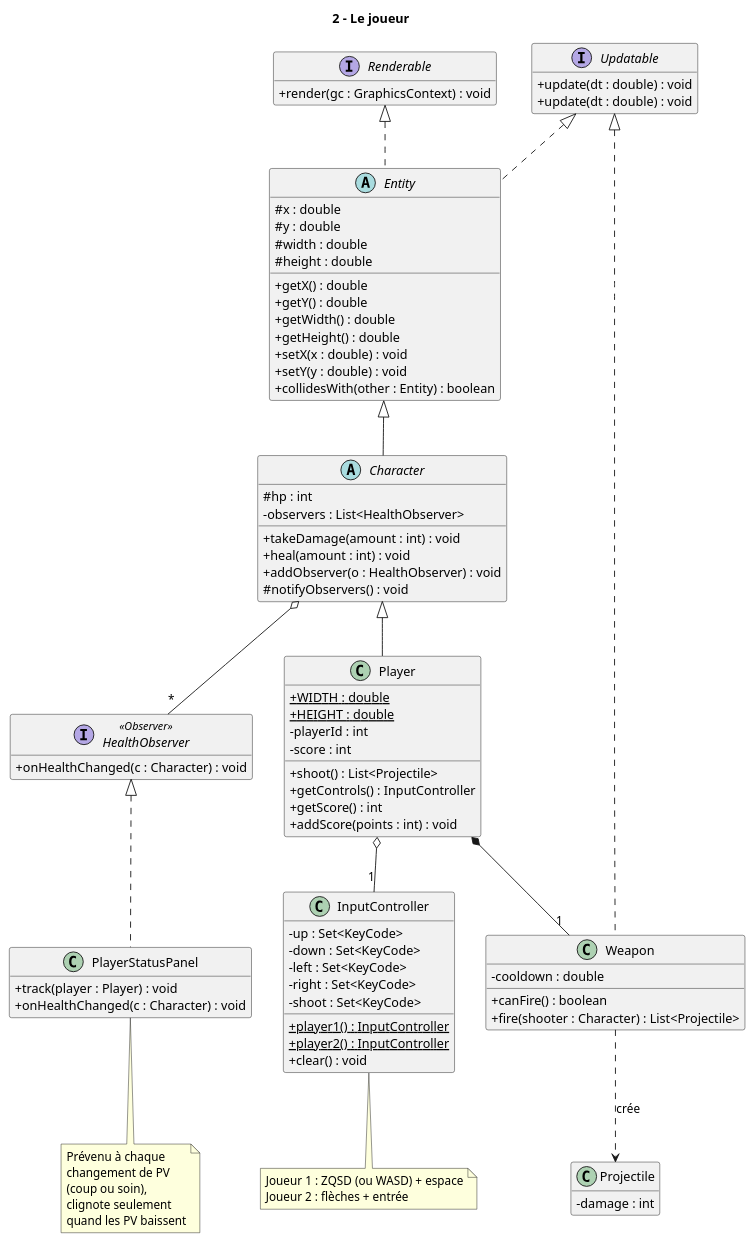
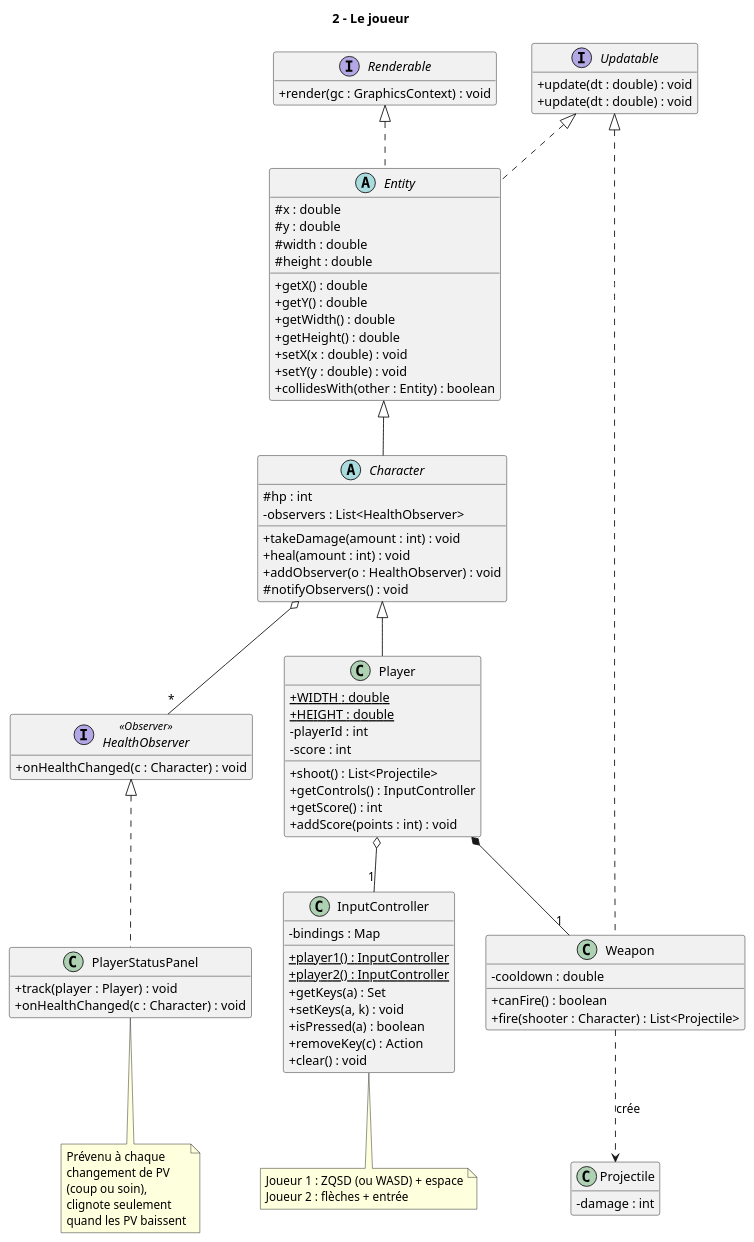
The diagram in Docs/Diagrammes/2_joueur.puml (MeghCH/2d-Game-Natural-Fatal-IA), drawn with PlantUML before and after one commit. The commit also changed 17 other files, not shown here.

Commit message:
Feat: add key rebinding screen from menu and pause + Fix: diagrammes

```diff
--- a/Docs/Diagrammes/2_joueur.puml
+++ b/Docs/Diagrammes/2_joueur.puml
@@ -1,108 +1,108 @@
 @startuml 2_joueur
 title 2 - Le joueur
 
 skinparam classAttributeIconSize 0
 skinparam shadowing false
 hide empty members
 
 interface Updatable {
   + update(dt : double) : void
 }
 
 interface Renderable {
   + render(gc : GraphicsContext) : void
 }
 
 abstract class Entity {
   # x : double
   # y : double
   # width : double
   # height : double
   + getX() : double
   + getY() : double
   + getWidth() : double
   + getHeight() : double
   + setX(x : double) : void
   + setY(y : double) : void
   + collidesWith(other : Entity) : boolean
 }
 
 abstract class Character {
   # hp : int
   - observers : List<HealthObserver>
   + takeDamage(amount : int) : void
   + heal(amount : int) : void
   + addObserver(o : HealthObserver) : void
   # notifyObservers() : void
 }
 
 class Player {
   + {static} WIDTH : double
   + {static} HEIGHT : double
   - playerId : int
   - score : int
   + shoot() : List<Projectile>
   + getControls() : InputController
   + getScore() : int
   + addScore(points : int) : void
 }
 
 class InputController {
-  - up : Set<KeyCode>
-  - down : Set<KeyCode>
-  - left : Set<KeyCode>
-  - right : Set<KeyCode>
-  - shoot : Set<KeyCode>
+  - bindings : Map
   + {static} player1() : InputController
   + {static} player2() : InputController
+  + getKeys(a) : Set
+  + setKeys(a, k) : void
+  + isPressed(a) : boolean
+  + removeKey(c) : Action
   + clear() : void
 }
 
 interface Updatable {
   + update(dt : double) : void
 }
 
 class Weapon {
   - cooldown : double
   + canFire() : boolean
   + fire(shooter : Character) : List<Projectile>
 }
 
 class Projectile {
   - damage : int
 }
 
 interface HealthObserver <<Observer>> {
   + onHealthChanged(c : Character) : void
 }
 
 class PlayerStatusPanel {
   + track(player : Player) : void
   + onHealthChanged(c : Character) : void
 }
 
 Updatable  <|.. Entity
 Renderable <|.. Entity
 Entity <|-- Character
 Character <|-- Player
 Player o-- "1" InputController
 Player *-- "1" Weapon
 Weapon ..> Projectile : crée
 Updatable <|.. Weapon
 Character o-- "*" HealthObserver
 HealthObserver <|.. PlayerStatusPanel
 
 note bottom of InputController
   Joueur 1 : ZQSD (ou WASD) + espace
   Joueur 2 : flèches + entrée
 end note
 
 note bottom of PlayerStatusPanel
   Prévenu à chaque
   changement de PV
   (coup ou soin),
   clignote seulement
   quand les PV baissent
 end note
 
 @enduml
```
